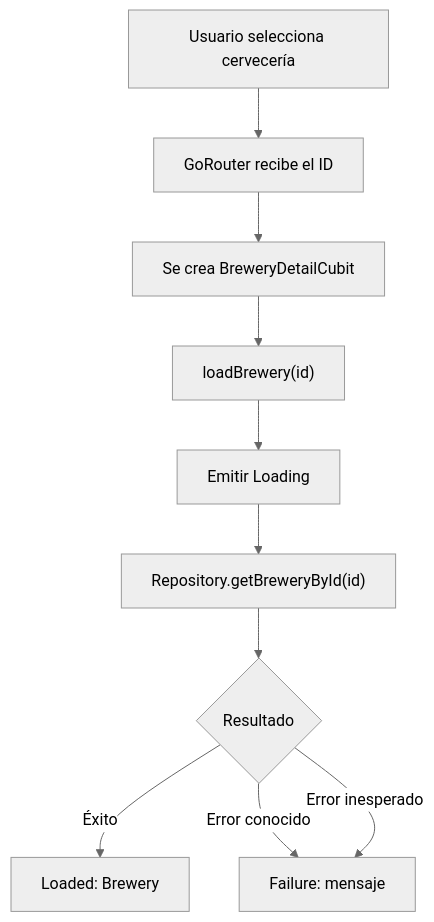
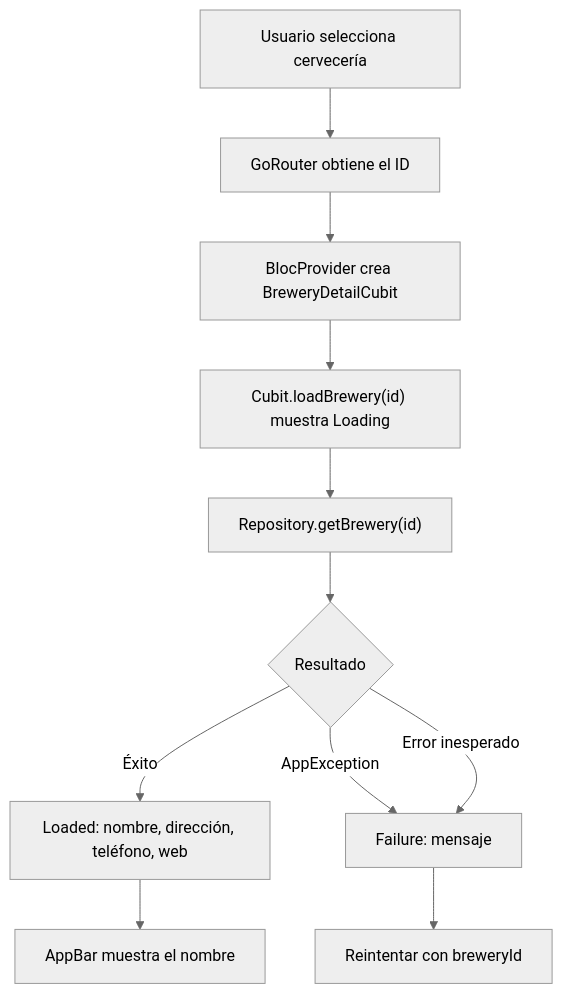
Before and after one commit to itorresgalaz/forest_app: the fourth of 7 diagrams in README.md, drawn with Mermaid (neutral theme). The commit also changed other lines of this file and 72 other files, not shown here.

````diff
--- a/README.md
+++ b/README.md
@@ -84,12 +119,13 @@
 ```mermaid
 flowchart TD
-A["Usuario selecciona cervecería"] --> B["GoRouter recibe el ID"]
-B --> C["Se crea BreweryDetailCubit"]
-C --> D["loadBrewery(id)"]
-D --> E["Emitir Loading"]
-E --> F["Repository.getBreweryById(id)"]
-F --> G{"Resultado"}
-G -->|Éxito| H["Loaded: Brewery"]
-G -->|Error conocido| I["Failure: mensaje"]
-G -->|Error inesperado| I
+A["Usuario selecciona cervecería"] --> B["GoRouter obtiene el ID"]
+B --> C["BlocProvider crea BreweryDetailCubit"]
+C --> D["Cubit.loadBrewery(id) muestra Loading"]
+D --> E["Repository.getBrewery(id)"]
+E --> F{"Resultado"}
+F -->|Éxito| G["Loaded: nombre, dirección, teléfono, web"]
+F -->|AppException| H["Failure: mensaje"]
+F -->|Error inesperado| H
+G --> I["AppBar muestra el nombre"]
+H --> J["Reintentar con breweryId"]
 ```
````
